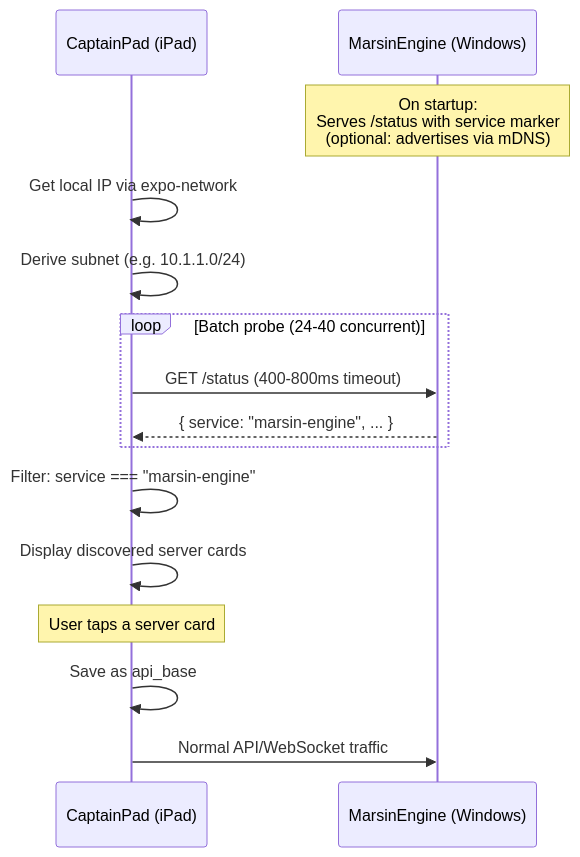
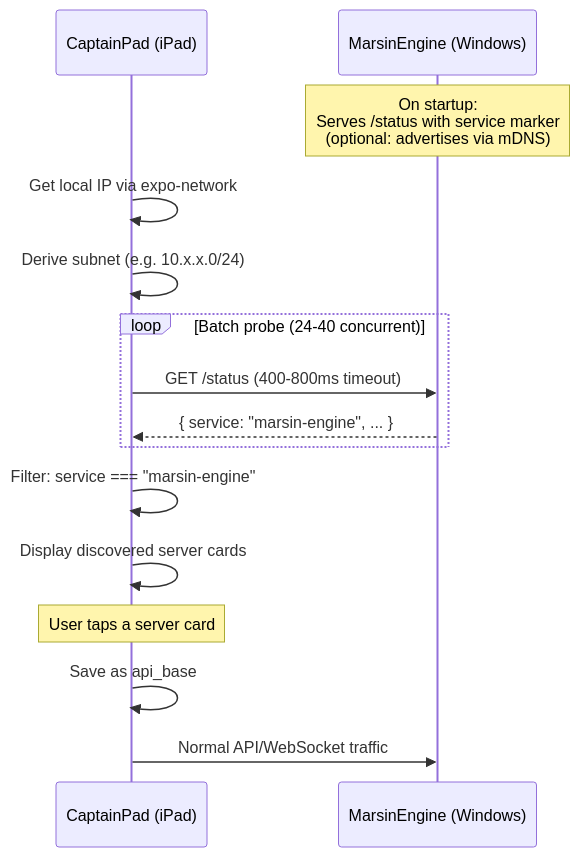
One commit to sina-cb/BM26-Titanic changed the diagram in .agent/02_reports/202605/20260502_1_standalone_ipad.md. Above: the diagram before and after it, drawn with Mermaid. The commit also changed other lines of this file and 32 other files, not shown here.

````diff
--- a/.agent/02_reports/202605/20260502_1_standalone_ipad.md
+++ b/.agent/02_reports/202605/20260502_1_standalone_ipad.md
@@ -425,22 +425,22 @@
 ```mermaid
 sequenceDiagram
     participant iPad as CaptainPad (iPad)
     participant Engine as MarsinEngine (Windows)
 
     Note over Engine: On startup:<br/>Serves /status with service marker<br/>(optional: advertises via mDNS)
 
     iPad->>iPad: Get local IP via expo-network
-    iPad->>iPad: Derive subnet (e.g. 10.1.1.0/24)
+    iPad->>iPad: Derive subnet (e.g. 10.x.x.0/24)
 
     loop Batch probe (24-40 concurrent)
         iPad->>Engine: GET /status (400-800ms timeout)
         Engine-->>iPad: { service: "marsin-engine", ... }
     end
 
     iPad->>iPad: Filter: service === "marsin-engine"
     iPad->>iPad: Display discovered server cards
 
     Note over iPad: User taps a server card
     iPad->>iPad: Save as api_base
     iPad->>Engine: Normal API/WebSocket traffic
 ```
````
